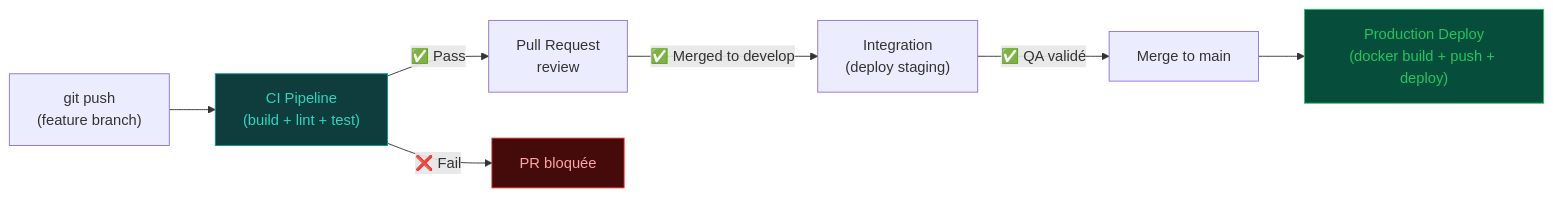
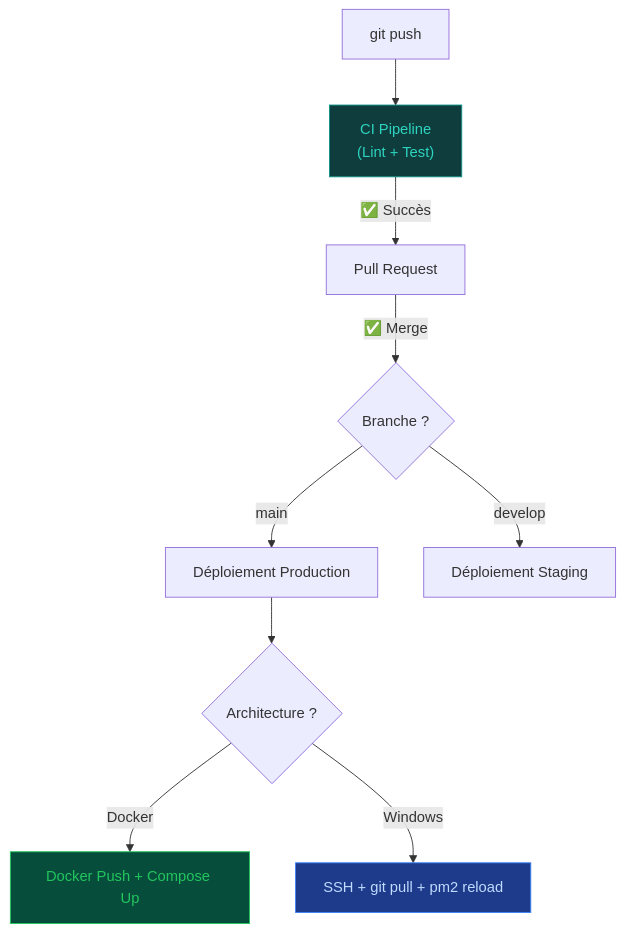
One commit to AbdoulDiouf2/Insightsage_backend changed the diagram in docs/developer/ci-cd.md. Above: the diagram before and after it, drawn with Mermaid. The commit also changed other lines of this file, not shown here.

Commit message:
docs: add CI/CD documentation for GitHub Actions workflows

````diff
--- a/docs/developer/ci-cd.md
+++ b/docs/developer/ci-cd.md
@@ -10,14 +14,17 @@
 ```mermaid
-graph LR
-    PUSH["git push\n(feature branch)"] --> CI["CI Pipeline\n(build + lint + test)"]
-    CI -->|"✅ Pass"| PR["Pull Request\nreview"]
-    PR -->|"✅ Merged to develop"| INT["Integration\n(deploy staging)"]
-    INT -->|"✅ QA validé"| MAIN["Merge to main"]
-    MAIN --> PROD["Production Deploy\n(docker build + push + deploy)"]
-
-    CI -->|"❌ Fail"| BLOCK["PR bloquée"]
+graph TD
+    PUSH["git push"] --> CI["CI Pipeline\n(Lint + Test)"]
+    CI -->|"✅ Succès"| PR["Pull Request"]
+    PR -->|"✅ Merge"| BRANCH{Branche ?}
+    
+    BRANCH -->|"main"| DEPLOY_PROD[Déploiement Production]
+    BRANCH -->|"develop"| DEPLOY_STAGING[Déploiement Staging]
+    
+    DEPLOY_PROD --> MODE{Architecture ?}
+    MODE -->|Docker| DOCKER["Docker Push + Compose Up"]
+    MODE -->|Windows| WIN["SSH + git pull + pm2 reload"]
 
     style CI fill:#0f3d3d,stroke:#0d9488,color:#2dd4bf
-    style PROD fill:#064e3b,stroke:#22c55e,color:#22c55e
-    style BLOCK fill:#450a0a,stroke:#dc2626,color:#fca5a5
+    style DOCKER fill:#064e3b,stroke:#22c55e,color:#22c55e
+    style WIN fill:#1e3a8a,stroke:#3b82f6,color:#bfdbfe
 ```
````
